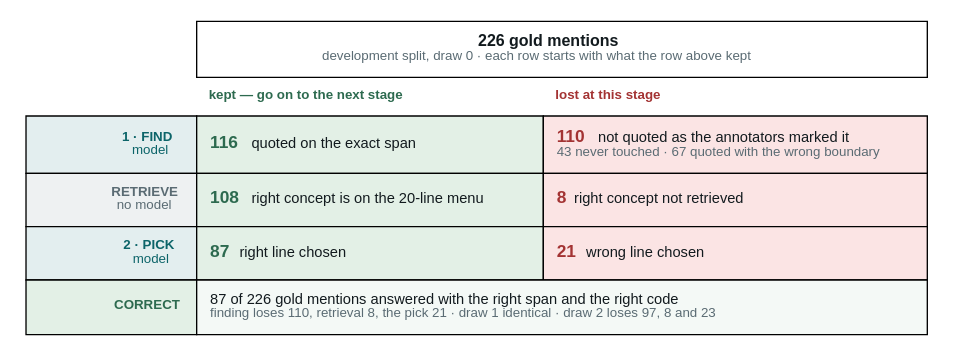
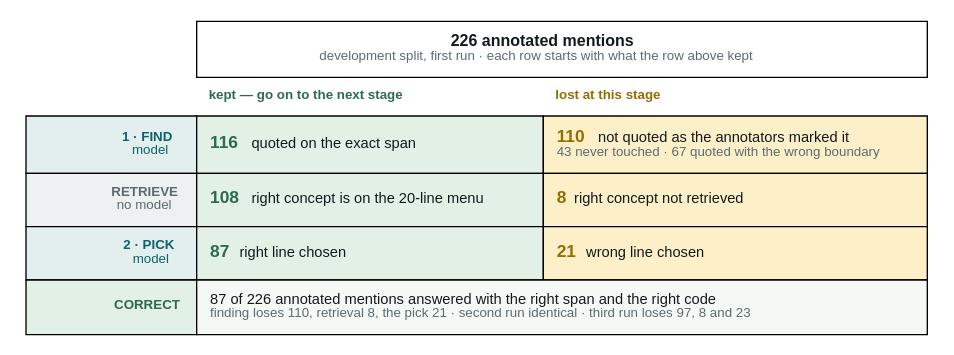
The diagram in docs/figures/infoq-fig3-funnel.dot (wbagais/reliability-ladder), drawn with Graphviz before and after one commit. The commit also changed 9 other files, not shown here.

```diff
--- a/docs/figures/infoq-fig3-funnel.dot
+++ b/docs/figures/infoq-fig3-funnel.dot
@@ -1,41 +1,41 @@
 // Where the 226 development-split gold mentions go, rerun-cadec-d0, for
 // docs/article-infoq-CADEC.md. Same table idiom and colour key as
 // fig7-pipeline-cadec.dot; green = survives to the next stage, red = lost here.
 // Counts are paired span-exact over the same 226 mentions, so the rows chain:
 // 226 -> 116 -> 108 -> 87.
 digraph funnel {
   bgcolor="white";
   node [shape=none fontname="Helvetica"];
 
   t [label=<<TABLE BORDER="0" CELLBORDER="1" CELLSPACING="0" CELLPADDING="9">
 
     <TR><TD BORDER="0"></TD>
-      <TD COLSPAN="2" BGCOLOR="#ffffff" ALIGN="CENTER"><FONT POINT-SIZE="12" COLOR="#121a1e"><B>226 gold mentions</B></FONT><BR/><FONT POINT-SIZE="10" COLOR="#5a6b73">development split, draw 0 · each row starts with what the row above kept</FONT></TD>
+      <TD COLSPAN="2" BGCOLOR="#ffffff" ALIGN="CENTER"><FONT POINT-SIZE="12" COLOR="#121a1e"><B>226 annotated mentions</B></FONT><BR/><FONT POINT-SIZE="10" COLOR="#5a6b73">development split, first run · each row starts with what the row above kept</FONT></TD>
     </TR>
 
     <TR><TD BORDER="0"></TD>
       <TD BORDER="0" ALIGN="LEFT" WIDTH="260"><FONT POINT-SIZE="10" COLOR="#2d6a4f"><B>kept — go on to the next stage</B></FONT></TD>
-      <TD BORDER="0" ALIGN="LEFT" WIDTH="260"><FONT POINT-SIZE="10" COLOR="#a33333"><B>lost at this stage</B></FONT></TD>
+      <TD BORDER="0" ALIGN="LEFT" WIDTH="260"><FONT POINT-SIZE="10" COLOR="#946c00"><B>lost at this stage</B></FONT></TD>
     </TR>
 
     <TR><TD BGCOLOR="#e3eeef" ALIGN="RIGHT" WIDTH="128"><FONT POINT-SIZE="10.5" COLOR="#0c6469"><B>1 · FIND</B><BR ALIGN="RIGHT"/>model</FONT></TD>
       <TD BGCOLOR="#e3f0e6" ALIGN="LEFT"><FONT POINT-SIZE="13" COLOR="#2d6a4f"><B>116</B></FONT><FONT POINT-SIZE="11" COLOR="#121a1e">  quoted on the exact span</FONT></TD>
-      <TD BGCOLOR="#fbe4e4" ALIGN="LEFT"><FONT POINT-SIZE="13" COLOR="#a33333"><B>110</B></FONT><FONT POINT-SIZE="11" COLOR="#121a1e">  not quoted as the annotators marked it</FONT><BR ALIGN="LEFT"/><FONT POINT-SIZE="10" COLOR="#5a6b73">43 never touched · 67 quoted with the wrong boundary</FONT><BR ALIGN="LEFT"/></TD>
+      <TD BGCOLOR="#fdf0c8" ALIGN="LEFT"><FONT POINT-SIZE="13" COLOR="#946c00"><B>110</B></FONT><FONT POINT-SIZE="11" COLOR="#121a1e">  not quoted as the annotators marked it</FONT><BR ALIGN="LEFT"/><FONT POINT-SIZE="10" COLOR="#5a6b73">43 never touched · 67 quoted with the wrong boundary</FONT><BR ALIGN="LEFT"/></TD>
     </TR>
 
     <TR><TD BGCOLOR="#eef1f2" ALIGN="RIGHT"><FONT POINT-SIZE="10.5" COLOR="#5a6b73"><B>RETRIEVE</B><BR ALIGN="RIGHT"/>no model</FONT></TD>
       <TD BGCOLOR="#e3f0e6" ALIGN="LEFT"><FONT POINT-SIZE="13" COLOR="#2d6a4f"><B>108</B></FONT><FONT POINT-SIZE="11" COLOR="#121a1e">  right concept is on the 20-line menu</FONT></TD>
-      <TD BGCOLOR="#fbe4e4" ALIGN="LEFT"><FONT POINT-SIZE="13" COLOR="#a33333"><B>8</B></FONT><FONT POINT-SIZE="11" COLOR="#121a1e">  right concept not retrieved</FONT></TD>
+      <TD BGCOLOR="#fdf0c8" ALIGN="LEFT"><FONT POINT-SIZE="13" COLOR="#946c00"><B>8</B></FONT><FONT POINT-SIZE="11" COLOR="#121a1e">  right concept not retrieved</FONT></TD>
     </TR>
 
     <TR><TD BGCOLOR="#e3eeef" ALIGN="RIGHT"><FONT POINT-SIZE="10.5" COLOR="#0c6469"><B>2 · PICK</B><BR ALIGN="RIGHT"/>model</FONT></TD>
       <TD BGCOLOR="#e3f0e6" ALIGN="LEFT"><FONT POINT-SIZE="13" COLOR="#2d6a4f"><B>87</B></FONT><FONT POINT-SIZE="11" COLOR="#121a1e">  right line chosen</FONT></TD>
-      <TD BGCOLOR="#fbe4e4" ALIGN="LEFT"><FONT POINT-SIZE="13" COLOR="#a33333"><B>21</B></FONT><FONT POINT-SIZE="11" COLOR="#121a1e">  wrong line chosen</FONT></TD>
+      <TD BGCOLOR="#fdf0c8" ALIGN="LEFT"><FONT POINT-SIZE="13" COLOR="#946c00"><B>21</B></FONT><FONT POINT-SIZE="11" COLOR="#121a1e">  wrong line chosen</FONT></TD>
     </TR>
 
     <TR><TD BGCOLOR="#e3f0e6" ALIGN="RIGHT"><FONT POINT-SIZE="10.5" COLOR="#2d6a4f"><B>CORRECT</B></FONT></TD>
-      <TD COLSPAN="2" BGCOLOR="#f4f9f6" ALIGN="LEFT"><FONT POINT-SIZE="11.5" COLOR="#121a1e">87 of 226 gold mentions answered with the right span and the right code</FONT><BR ALIGN="LEFT"/><FONT POINT-SIZE="10" COLOR="#5a6b73">finding loses 110, retrieval 8, the pick 21 · draw 1 identical · draw 2 loses 97, 8 and 23</FONT><BR ALIGN="LEFT"/></TD>
+      <TD COLSPAN="2" BGCOLOR="#f4f9f6" ALIGN="LEFT"><FONT POINT-SIZE="11.5" COLOR="#121a1e">87 of 226 annotated mentions answered with the right span and the right code</FONT><BR ALIGN="LEFT"/><FONT POINT-SIZE="10" COLOR="#5a6b73">finding loses 110, retrieval 8, the pick 21 · second run identical · third run loses 97, 8 and 23</FONT><BR ALIGN="LEFT"/></TD>
     </TR>
 
   </TABLE>>];
 }
```
